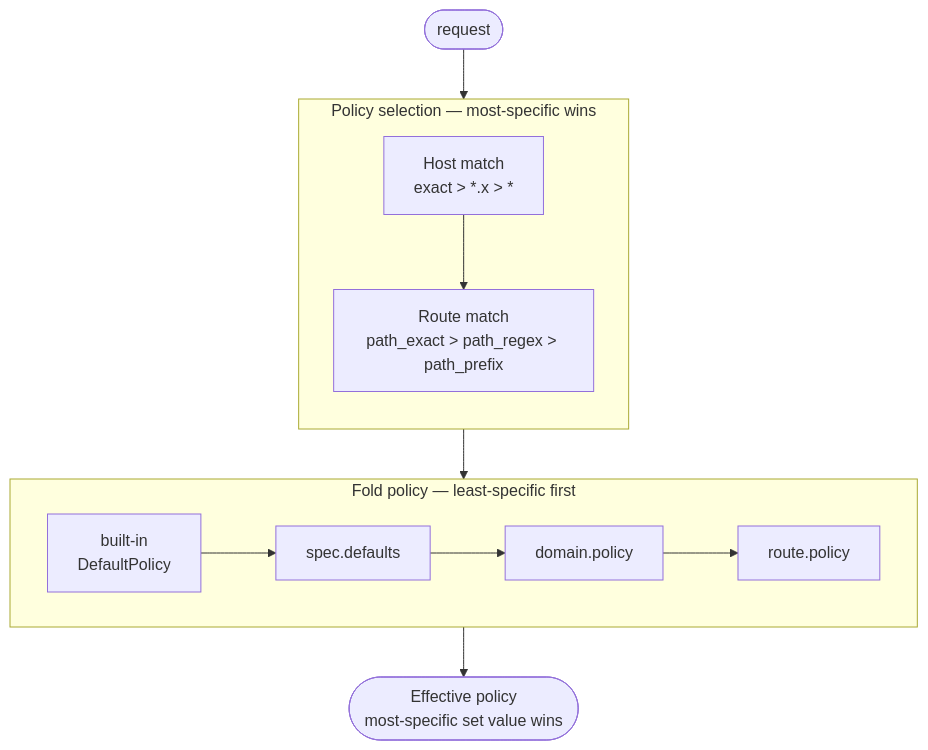
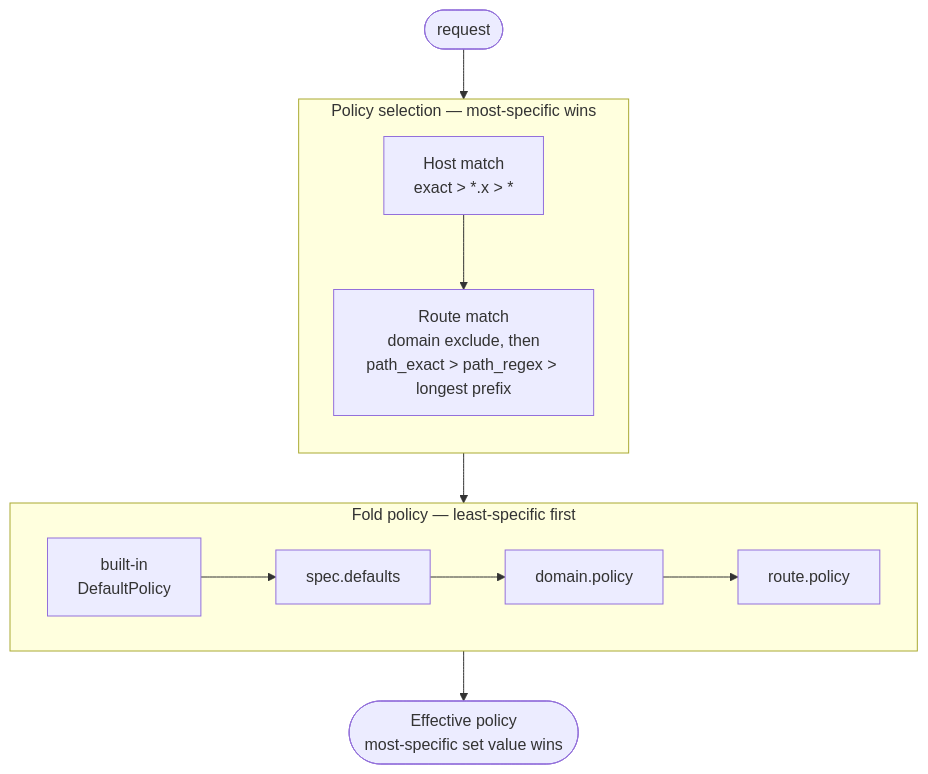
Before and after one commit to CloudNativeWorks/elchi-website: the diagram in docs-site/docs/shield/policies/policy-model.md, drawn with Mermaid. The commit also changed other lines of this file and 1 other file, not shown here.

````diff
--- a/docs-site/docs/shield/policies/policy-model.md
+++ b/docs-site/docs/shield/policies/policy-model.md
@@ -230,16 +270,16 @@
 ```mermaid
 flowchart TB
   Req([request]) --> Match
   subgraph Match["Policy selection — most-specific wins"]
     direction TB
-    H["Host match<br/>exact &gt; *.x &gt; *"] --> Rt["Route match<br/>path_exact &gt; path_regex &gt; path_prefix"]
+    H["Host match<br/>exact &gt; *.x &gt; *"] --> Rt["Route match<br/>domain exclude, then<br/>path_exact &gt; path_regex &gt; longest prefix"]
   end
   Rt --> Fold
   subgraph Fold["Fold policy — least-specific first"]
     direction LR
     D1["built-in<br/>DefaultPolicy"] --> D2["spec.defaults"]
     D2 --> D3["domain.policy"]
     D3 --> D4["route.policy"]
   end
   Fold --> Eff([Effective policy<br/>most-specific set value wins])
 ```
````
